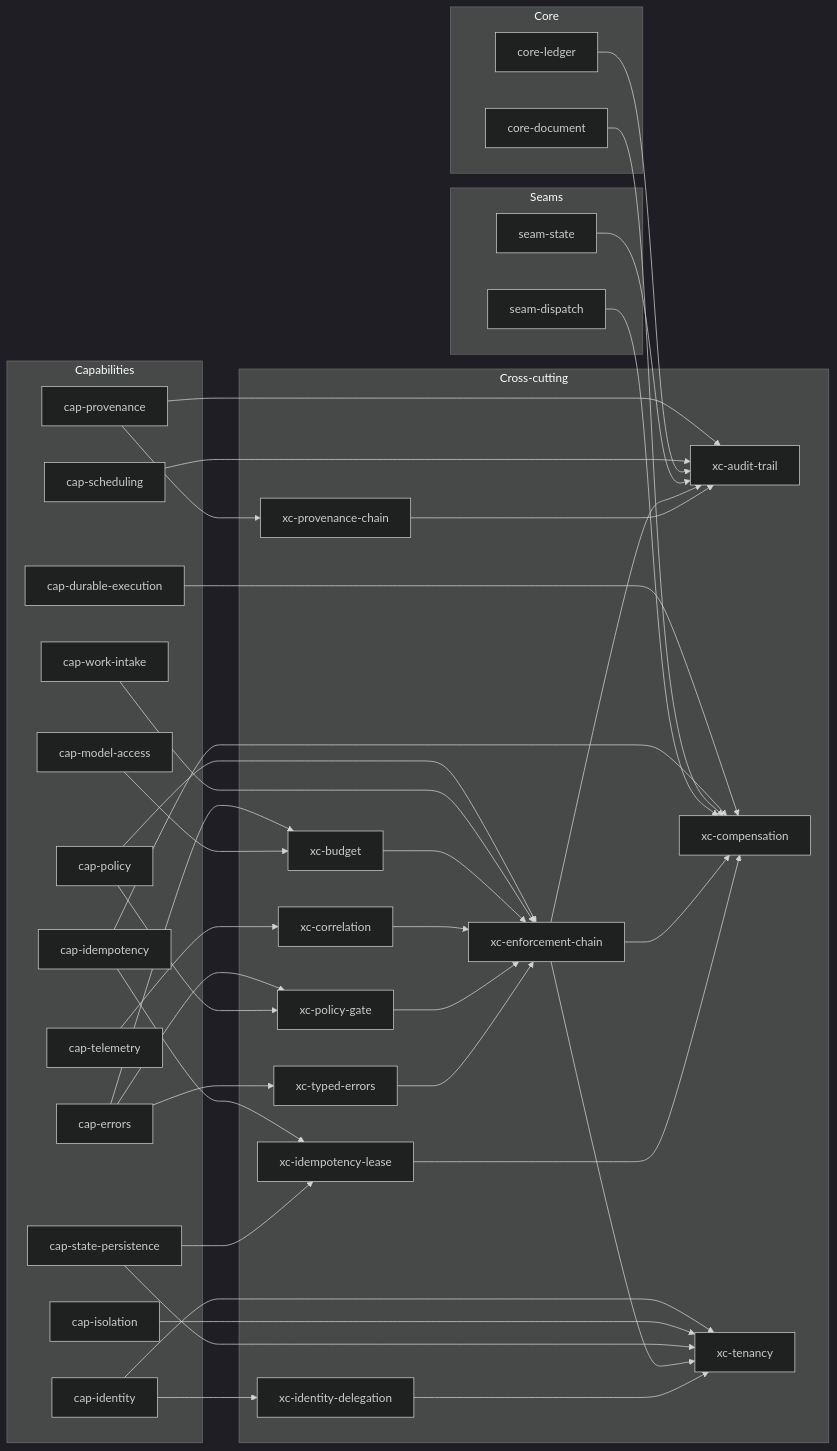
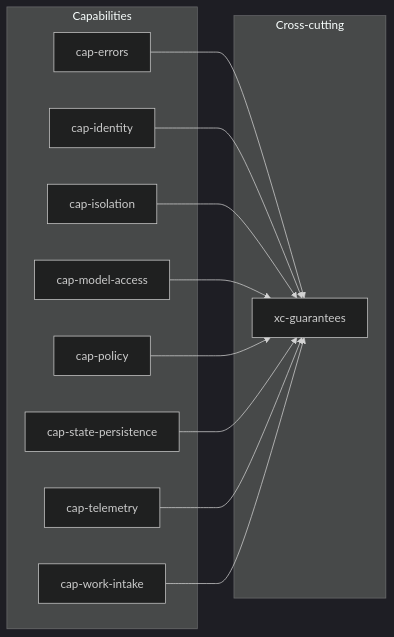
The fourth of 10 diagrams in docs/skill-graph.md (Dadlorian/AGENT), drawn with Mermaid (dark theme) before and after one commit. The commit also changed other lines of this file and 406 other files, not shown here.

````diff
--- a/docs/skill-graph.md
+++ b/docs/skill-graph.md
@@ -194,71 +186,24 @@
 ```mermaid
 graph LR
-    subgraph core_["Core"]
-        core-document
-        core-ledger
-    end
     subgraph cap_["Capabilities"]
-        cap-durable-execution
         cap-errors
-        cap-idempotency
         cap-identity
         cap-isolation
         cap-model-access
         cap-policy
-        cap-provenance
-        cap-scheduling
         cap-state-persistence
         cap-telemetry
         cap-work-intake
     end
     subgraph xc_["Cross-cutting"]
-        xc-audit-trail
-        xc-budget
-        xc-compensation
-        xc-correlation
-        xc-enforcement-chain
-        xc-idempotency-lease
-        xc-identity-delegation
-        xc-policy-gate
-        xc-provenance-chain
-        xc-tenancy
-        xc-typed-errors
+        xc-guarantees
     end
-    subgraph seam_["Seams"]
-        seam-dispatch
-        seam-state
-    end
-    cap-provenance --> xc-audit-trail
-    cap-scheduling --> xc-audit-trail
-    core-ledger --> xc-audit-trail
-    seam-state --> xc-audit-trail
-    xc-enforcement-chain --> xc-audit-trail
-    xc-provenance-chain --> xc-audit-trail
-    cap-errors --> xc-budget
-    cap-model-access --> xc-budget
-    cap-durable-execution --> xc-compensation
-    cap-idempotency --> xc-compensation
-    core-document --> xc-compensation
-    seam-dispatch --> xc-compensation
-    xc-enforcement-chain --> xc-compensation
-    xc-idempotency-lease --> xc-compensation
-    cap-telemetry --> xc-correlation
-    cap-policy --> xc-enforcement-chain
-    cap-work-intake --> xc-enforcement-chain
-    xc-budget --> xc-enforcement-chain
-    xc-correlation --> xc-enforcement-chain
-    xc-policy-gate --> xc-enforcement-chain
-    xc-typed-errors --> xc-enforcement-chain
-    cap-idempotency --> xc-idempotency-lease
-    cap-state-persistence --> xc-idempotency-lease
-    cap-identity --> xc-identity-delegation
-    cap-errors --> xc-policy-gate
-    cap-policy --> xc-policy-gate
-    cap-provenance --> xc-provenance-chain
-    cap-identity --> xc-tenancy
-    cap-isolation --> xc-tenancy
-    cap-state-persistence --> xc-tenancy
-    xc-enforcement-chain --> xc-tenancy
-    xc-identity-delegation --> xc-tenancy
-    cap-errors --> xc-typed-errors
+    cap-errors --> xc-guarantees
+    cap-identity --> xc-guarantees
+    cap-isolation --> xc-guarantees
+    cap-model-access --> xc-guarantees
+    cap-policy --> xc-guarantees
+    cap-state-persistence --> xc-guarantees
+    cap-telemetry --> xc-guarantees
+    cap-work-intake --> xc-guarantees
 ```
````
